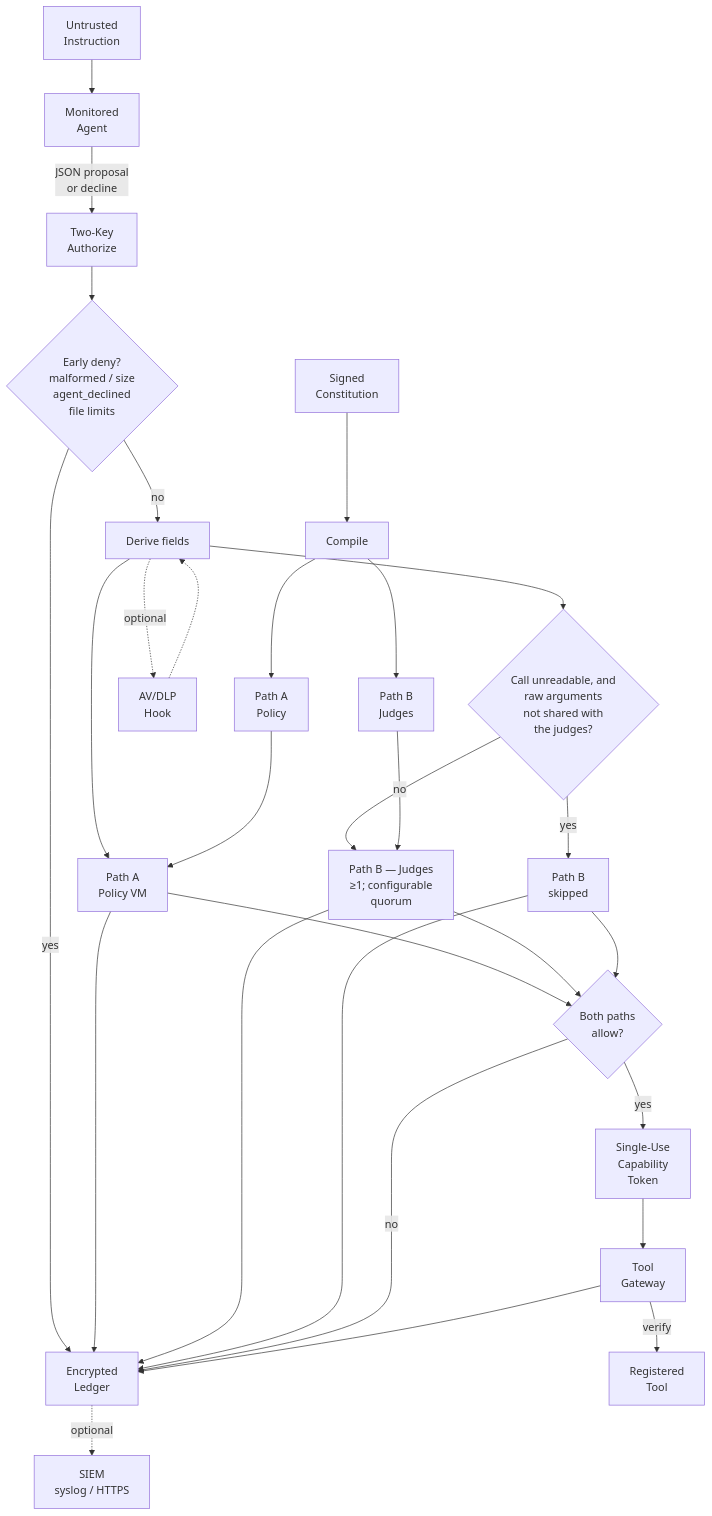
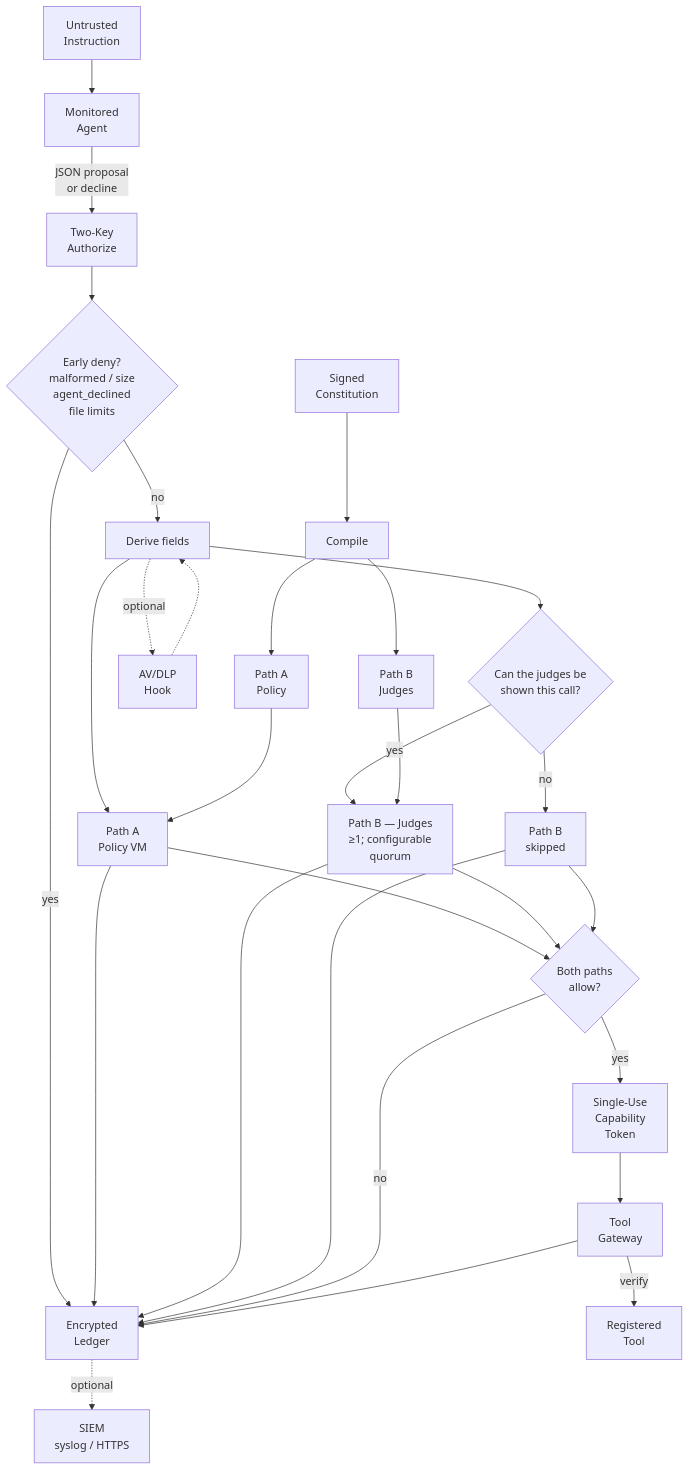
The second of 4 diagrams in README.md (Insomniac-VibeLabs/two-key), drawn with Mermaid before and after one commit. The commit also changed other lines of this file and 1 other file, not shown here.

Commit message:
README: ask "can the judges be shown this call?" instead of an AND of two negatives
Claude-Session: https://claude.ai/code/session_01UFiSiPUe28jt82jjU2LaCd

````diff
--- a/README.md
+++ b/README.md
@@ -278,41 +278,41 @@
 ```mermaid
 flowchart TD
   constitution["Signed<br/>Constitution"] --> compile["Compile"]
   compile --> bytecode["Path A<br/>Policy"]
   compile --> judgeText["Path B<br/>Judges"]
 
   instruction["Untrusted<br/>Instruction"] --> agent["Monitored<br/>Agent"]
   agent -->|"JSON proposal<br/>or decline"| authorize["Two-Key<br/>Authorize"]
 
   authorize --> early{"Early deny?<br/>malformed / size<br/>agent_declined<br/>file limits"}
   early -->|yes| ledger["Encrypted<br/>Ledger"]
   early -->|no| derive["Derive fields"]
 
   derive -.->|"optional"| hook["AV/DLP<br/>Hook"]
   hook -.-> derive
 
   derive --> pathA["Path A<br/>Policy VM"]
   bytecode --> pathA
 
-  derive --> pbCheck{"Call unreadable, and<br/>raw arguments<br/>not shared with<br/>the judges?"}
-  pbCheck -->|yes| skipped["Path B<br/>skipped"]
-  pbCheck -->|no| pathB["Path B — Judges<br/>≥1; configurable<br/>quorum"]
+  derive --> pbCheck{"Can the judges be<br/>shown this call?"}
+  pbCheck -->|no| skipped["Path B<br/>skipped"]
+  pbCheck -->|yes| pathB["Path B — Judges<br/>≥1; configurable<br/>quorum"]
   judgeText --> pathB
 
   pathA --> gate{"Both paths<br/>allow?"}
   pathB --> gate
   skipped --> gate
 
   pathA --> ledger
   pathB --> ledger
   skipped --> ledger
 
   gate -->|no| ledger
   gate -->|yes| token["Single-Use<br/>Capability<br/>Token"]
 
   token --> gateway["Tool<br/>Gateway"]
   gateway -->|"verify"| tool["Registered<br/>Tool"]
   gateway --> ledger
 
   ledger -.->|"optional"| siem["SIEM<br/>syslog / HTTPS"]
 ```
````
